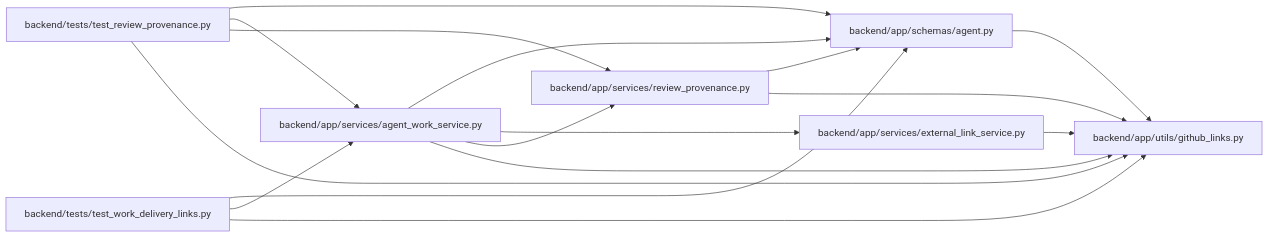
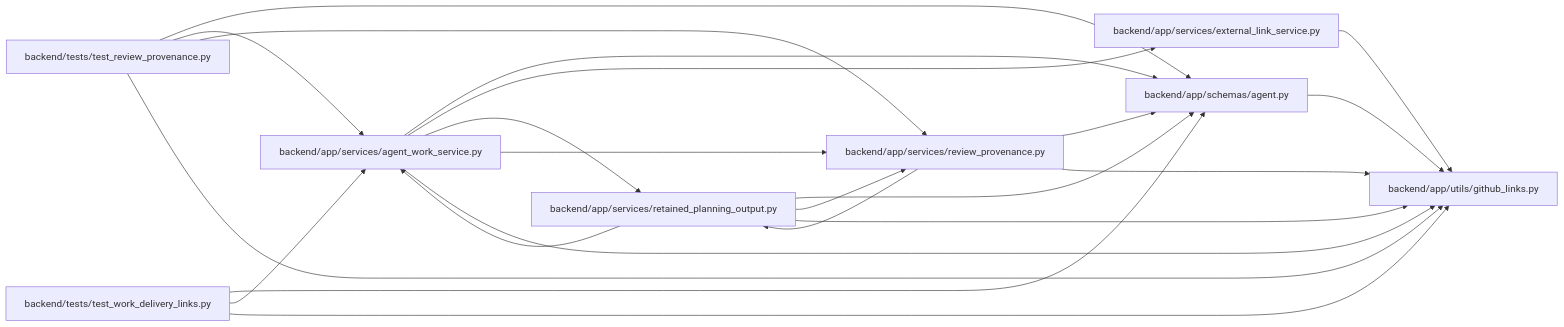
The diagram in docs/llm_wiki/modules/github_links.md (Denissvgn/WorkChord), drawn with Mermaid before and after one commit. The commit also changed other lines of this file and 868 other files, not shown here.

Commit message:
Document authenticated planning-window recovery and retained worker evidence

````diff
--- a/docs/llm_wiki/modules/github_links.md
+++ b/docs/llm_wiki/modules/github_links.md
@@ -22,32 +22,40 @@
 ```mermaid
 flowchart LR
     n0["backend/app/schemas/agent.py"]
     n1["backend/app/services/agent_work_service.py"]
     n2["backend/app/services/external_link_service.py"]
-    n3["backend/app/services/review_provenance.py"]
-    n4["backend/app/utils/github_links.py"]
-    n5["backend/tests/test_review_provenance.py"]
-    n6["backend/tests/test_work_delivery_links.py"]
-    n0 --> n4
+    n3["backend/app/services/retained_planning_output.py"]
+    n4["backend/app/services/review_provenance.py"]
+    n5["backend/app/utils/github_links.py"]
+    n6["backend/tests/test_review_provenance.py"]
+    n7["backend/tests/test_work_delivery_links.py"]
+    n0 --> n5
     n1 --> n0
     n1 --> n2
     n1 --> n3
     n1 --> n4
-    n2 --> n4
+    n1 --> n5
+    n2 --> n5
     n3 --> n0
+    n3 --> n1
     n3 --> n4
-    n5 --> n0
-    n5 --> n1
-    n5 --> n3
-    n5 --> n4
+    n3 --> n5
+    n4 --> n0
+    n4 --> n3
+    n4 --> n5
     n6 --> n0
     n6 --> n1
     n6 --> n4
+    n6 --> n5
+    n7 --> n0
+    n7 --> n1
+    n7 --> n5
     click n0 "../modules/schemas_agent.md"
     click n1 "../modules/agent_work_service.md"
     click n2 "../modules/external_link_service.md"
-    click n3 "../modules/review_provenance.md"
-    click n4 "../modules/github_links.md"
-    click n5 "../modules/test_review_provenance.md"
-    click n6 "../modules/test_work_delivery_links.md"
+    click n3 "../modules/retained_planning_output.md"
+    click n4 "../modules/review_provenance.md"
+    click n5 "../modules/github_links.md"
+    click n6 "../modules/test_review_provenance.md"
+    click n7 "../modules/test_work_delivery_links.md"
 ```
````
